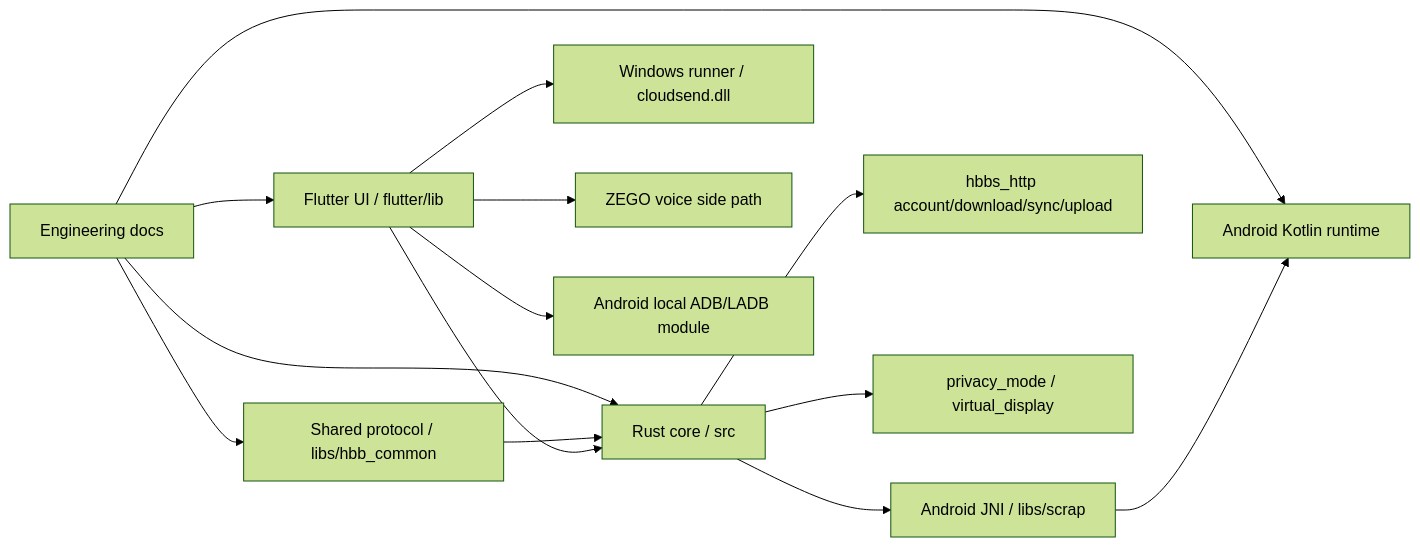
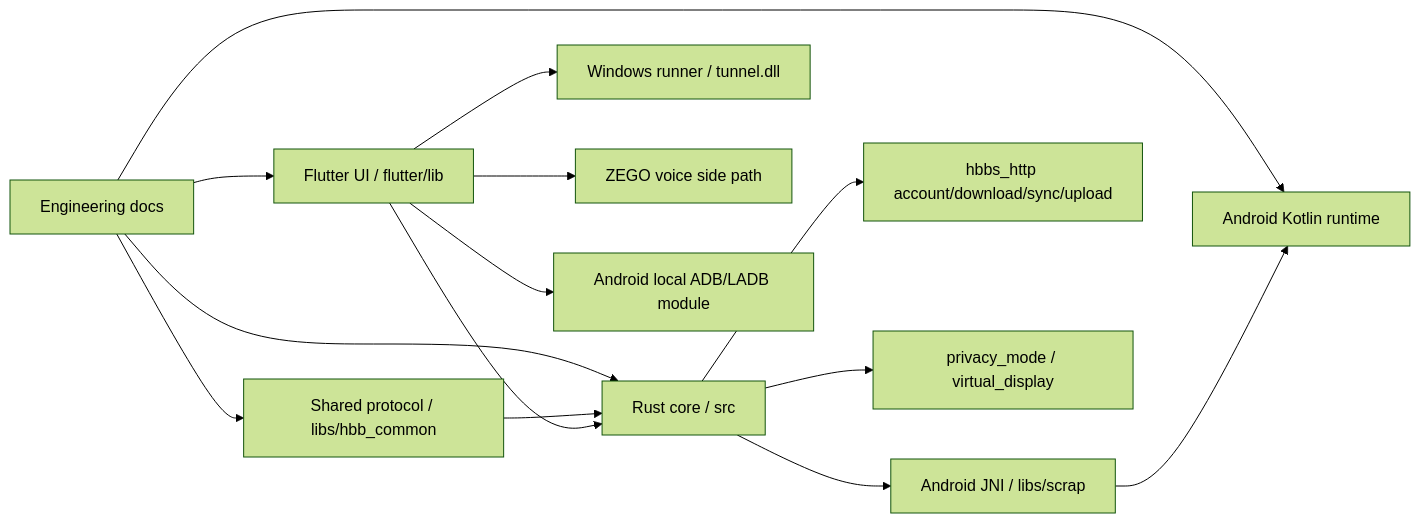
One commit to adb-shell/Tunnel changed the diagram in docs/ENGINEERING_INDEX.md. Above: the diagram before and after it, drawn with Mermaid (forest theme). The commit also changed other lines of this file and 285 other files, not shown here.

````diff
--- a/docs/ENGINEERING_INDEX.md
+++ b/docs/ENGINEERING_INDEX.md
@@ -174,16 +174,16 @@
 ```mermaid
 flowchart LR
     Docs["Engineering docs"] --> Rust["Rust core / src"]
     Docs --> Flutter["Flutter UI / flutter/lib"]
     Docs --> Android["Android Kotlin runtime"]
     Docs --> Shared["Shared protocol / libs/hbb_common"]
     Shared --> Rust
     Flutter --> Rust
     Rust --> AndroidJNI["Android JNI / libs/scrap"]
     AndroidJNI --> Android
-    Flutter --> Windows["Windows runner / cloudsend.dll"]
+    Flutter --> Windows["Windows runner / tunnel.dll"]
     Rust --> Http["hbbs_http account/download/sync/upload"]
     Rust --> Privacy["privacy_mode / virtual_display"]
     Flutter --> Zego["ZEGO voice side path"]
     Flutter --> Adb["Android local ADB/LADB module"]
 ```
````
